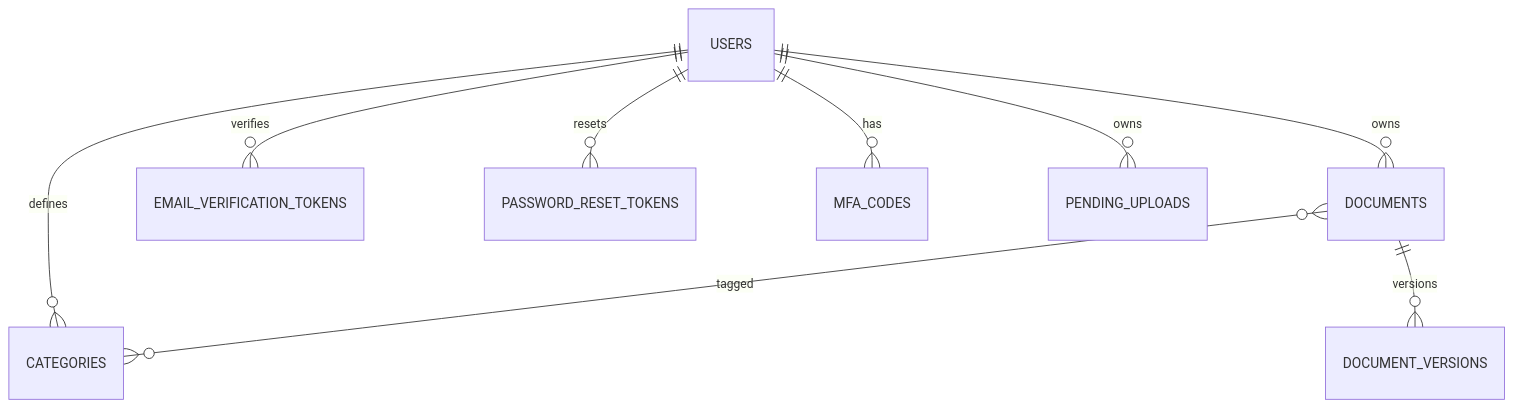
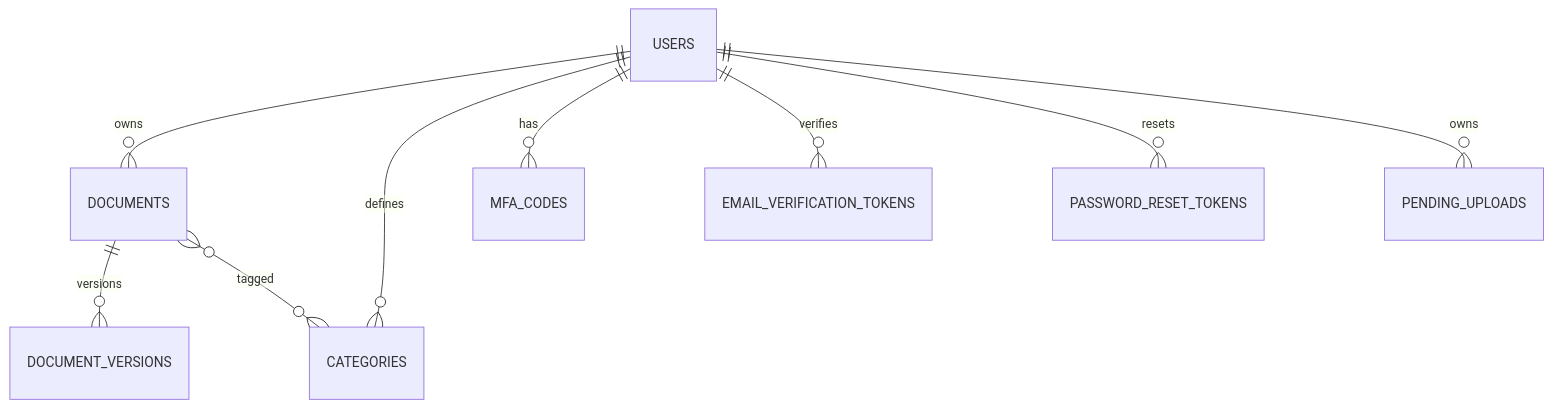
Before and after one commit to CHFChris/Dokumentation-zur-Projektarbeit: the diagram in docs/developer/database.md, drawn with Mermaid. The commit also changed other lines of this file and 29 other files, not shown here.

````diff
--- a/docs/developer/database.md
+++ b/docs/developer/database.md
@@ -23,11 +17,11 @@
 ```mermaid
 erDiagram
   USERS ||--o{ DOCUMENTS : owns
+  DOCUMENTS ||--o{ DOCUMENT_VERSIONS : versions
   USERS ||--o{ CATEGORIES : defines
   DOCUMENTS }o--o{ CATEGORIES : tagged
-  DOCUMENTS ||--o{ DOCUMENT_VERSIONS : versions
+  USERS ||--o{ MFA_CODES : has
   USERS ||--o{ EMAIL_VERIFICATION_TOKENS : verifies
   USERS ||--o{ PASSWORD_RESET_TOKENS : resets
-  USERS ||--o{ MFA_CODES : has
   USERS ||--o{ PENDING_UPLOADS : owns
 ```
````
